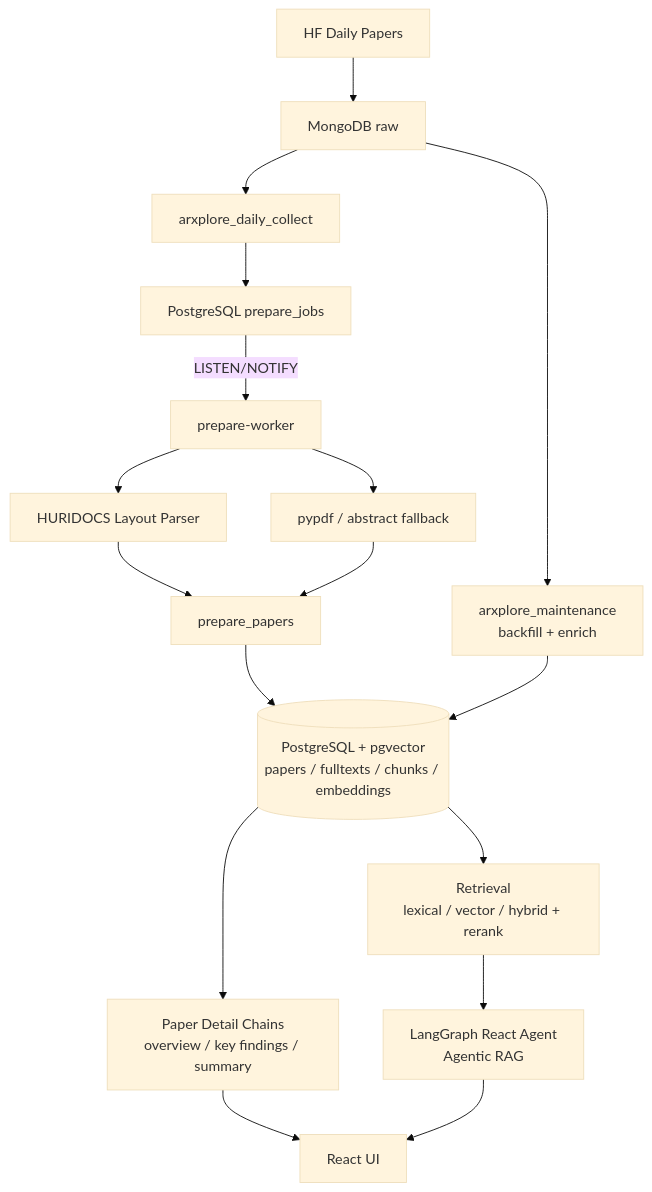
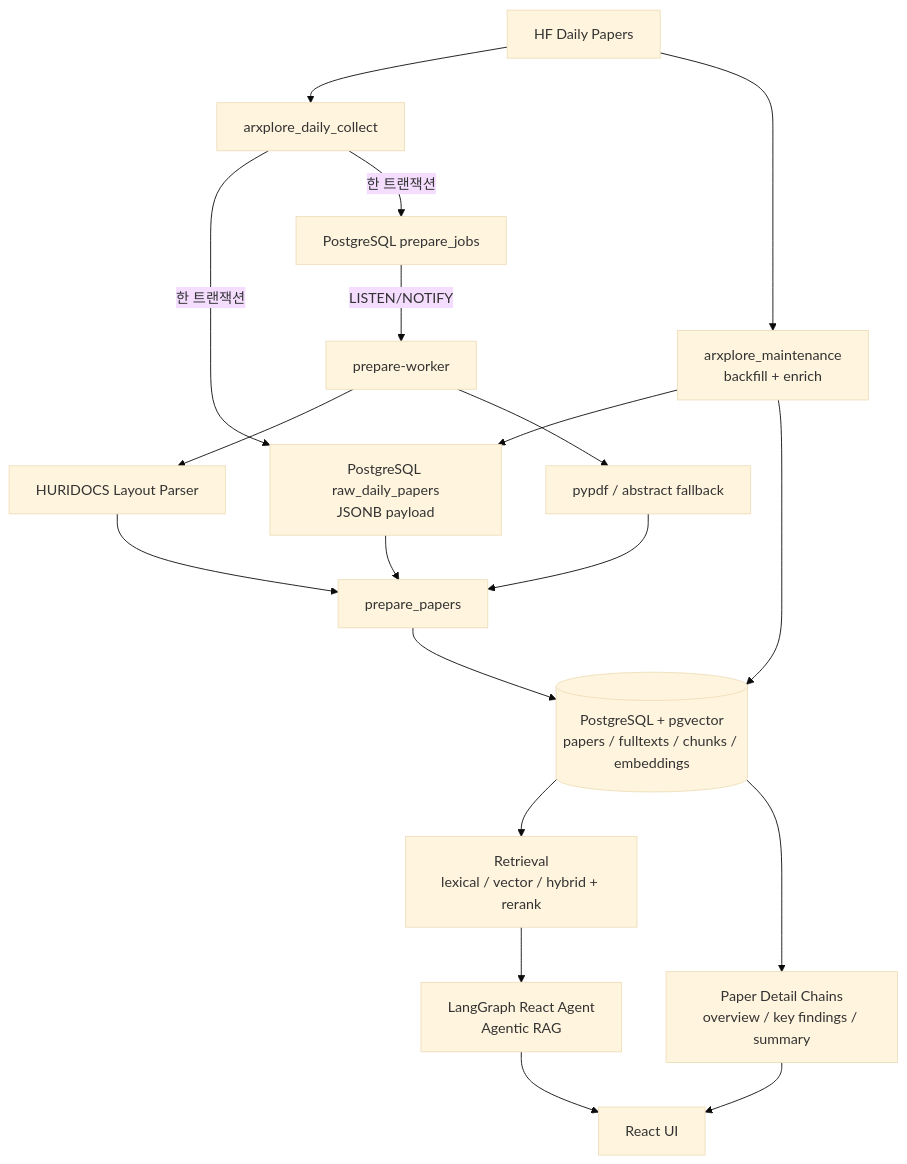
Before and after one commit to cwj0666/ArXplore: the diagram in README.md, drawn with Mermaid (base theme). The commit also changed other lines of this file and 26 other files, not shown here.

First line of the commit message:
refactor: make PostgreSQL the only datastore

````diff
--- a/README.md
+++ b/README.md
@@ -39,19 +39,21 @@
 ```mermaid
 flowchart TD
-    A[HF Daily Papers] --> B[MongoDB raw]
-    B --> C[arxplore_daily_collect]
-    B --> D[arxplore_maintenance<br/>backfill + enrich]
-    C --> E[PostgreSQL prepare_jobs]
+    A[HF Daily Papers] --> C[arxplore_daily_collect]
+    A --> D[arxplore_maintenance<br/>backfill + enrich]
+    C -->|한 트랜잭션| B[PostgreSQL raw_daily_papers<br/>JSONB payload]
+    C -->|한 트랜잭션| E[PostgreSQL prepare_jobs]
+    D --> B
     E -->|LISTEN/NOTIFY| F[prepare-worker]
     F --> G[HURIDOCS Layout Parser]
     F --> H[pypdf / abstract fallback]
-    G --> I[prepare_papers]
+    B --> I[prepare_papers]
+    G --> I
     H --> I
     I --> J[(PostgreSQL + pgvector<br/>papers / fulltexts / chunks / embeddings)]
     D --> J
     J --> K[Retrieval<br/>lexical / vector / hybrid + rerank]
     J --> L[Paper Detail Chains<br/>overview / key findings / summary]
     K --> M[LangGraph React Agent<br/>Agentic RAG]
     L --> N[React UI]
     M --> N
 ```
````
